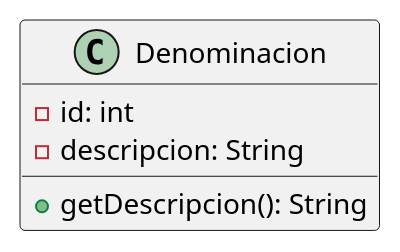
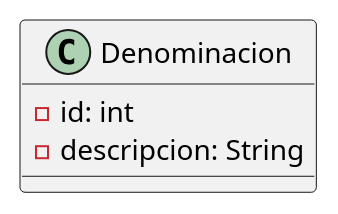
The diagram in DC/E3/domain/entidades/Denominacion.puml (mbertogliati/dds-tpa), drawn with PlantUML before and after one commit. The commit also changed 69 other files, not shown here.

Commit message:
Completo la estructura de (casi) todas las clases en el diagrama de clases (ver E3_COMPLETO.puml). Agregue tambien varios TODO con cosas para decidir.

```diff
--- a/DC/E3/domain/entidades/Denominacion.puml
+++ b/DC/E3/domain/entidades/Denominacion.puml
@@ -1,13 +1,12 @@
 @startuml
 'https://plantuml.com/class-diagram
 
 class Denominacion{
     - id: int
     - descripcion: String
 
-    + getDescripcion(): String
 }
 
 
 
 @enduml
```
